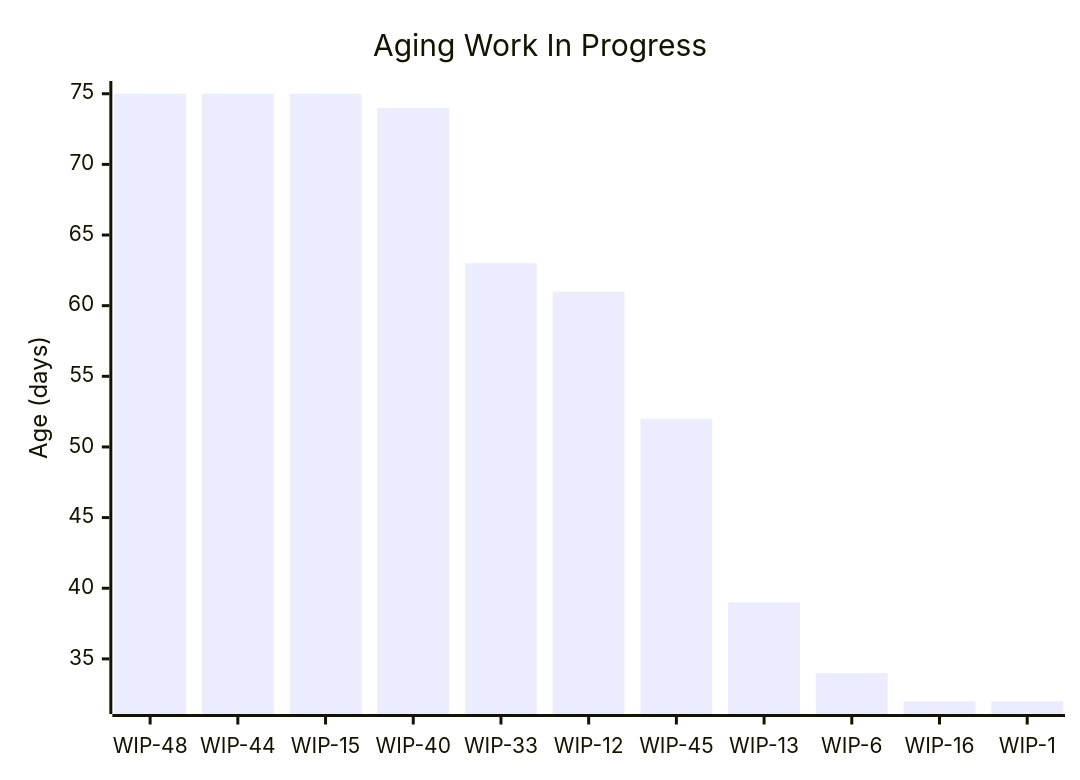
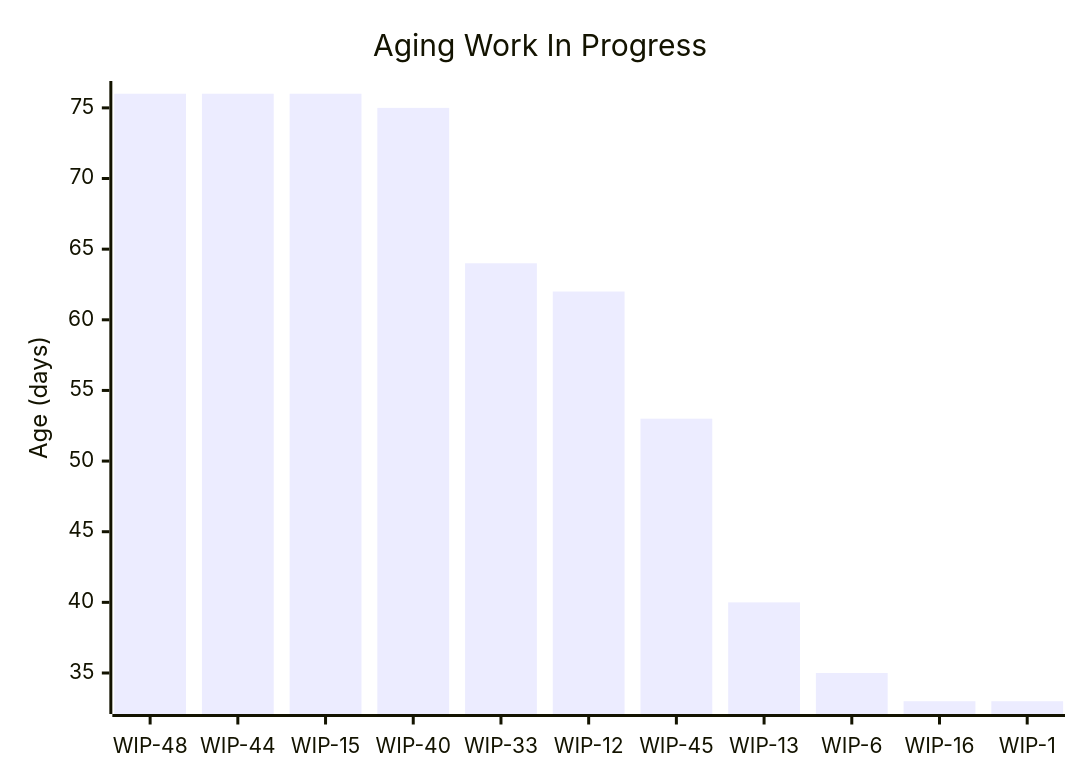
The first of 5 diagrams in data/samples/reports/sample_data_large/priorities/High.md (cbroult/predictability-engine), drawn with Mermaid before and after one commit. The commit also changed other lines of this file and 72 other files, not shown here.

````diff
--- a/data/samples/reports/sample_data_large/priorities/High.md
+++ b/data/samples/reports/sample_data_large/priorities/High.md
@@ -29,7 +29,7 @@
 ```mermaid
 xychart-beta
     title "Aging Work In Progress"
     x-axis ["WIP-48", "WIP-44", "WIP-15", "WIP-40", "WIP-33", "WIP-12", "WIP-45", "WIP-13", "WIP-6", "WIP-16", "WIP-1"]
     y-axis "Age (days)"
-    bar "Age" [75, 75, 75, 74, 63, 61, 52, 39, 34, 32, 32]
+    bar "Age" [76, 76, 76, 75, 64, 62, 53, 40, 35, 33, 33]
 ```
````
